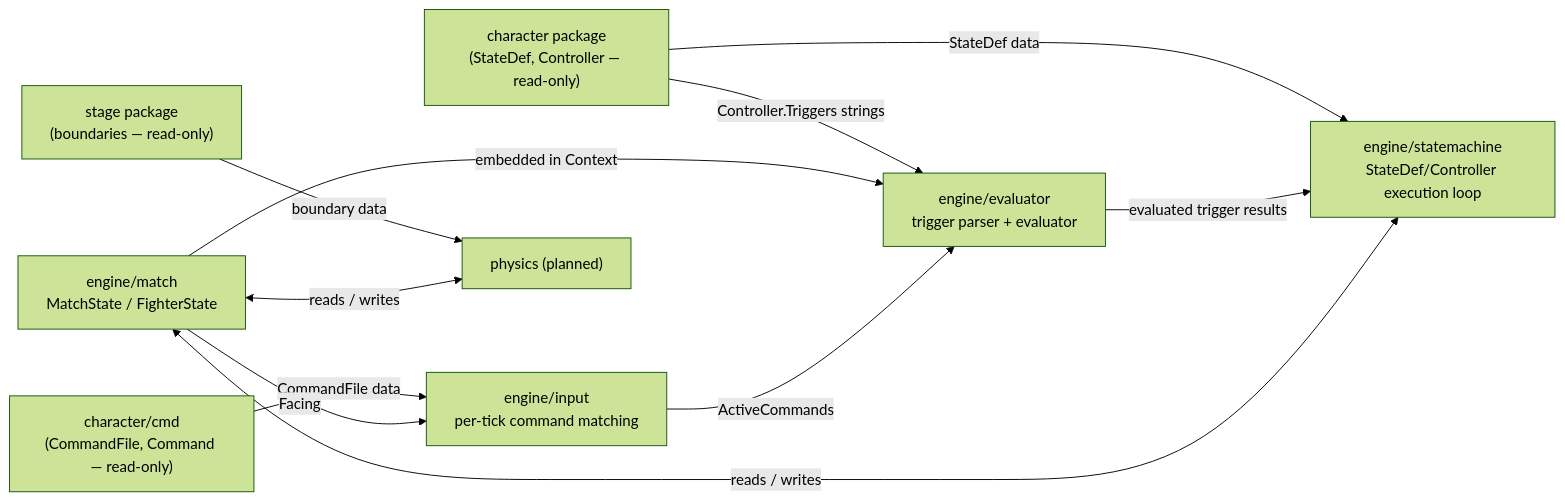
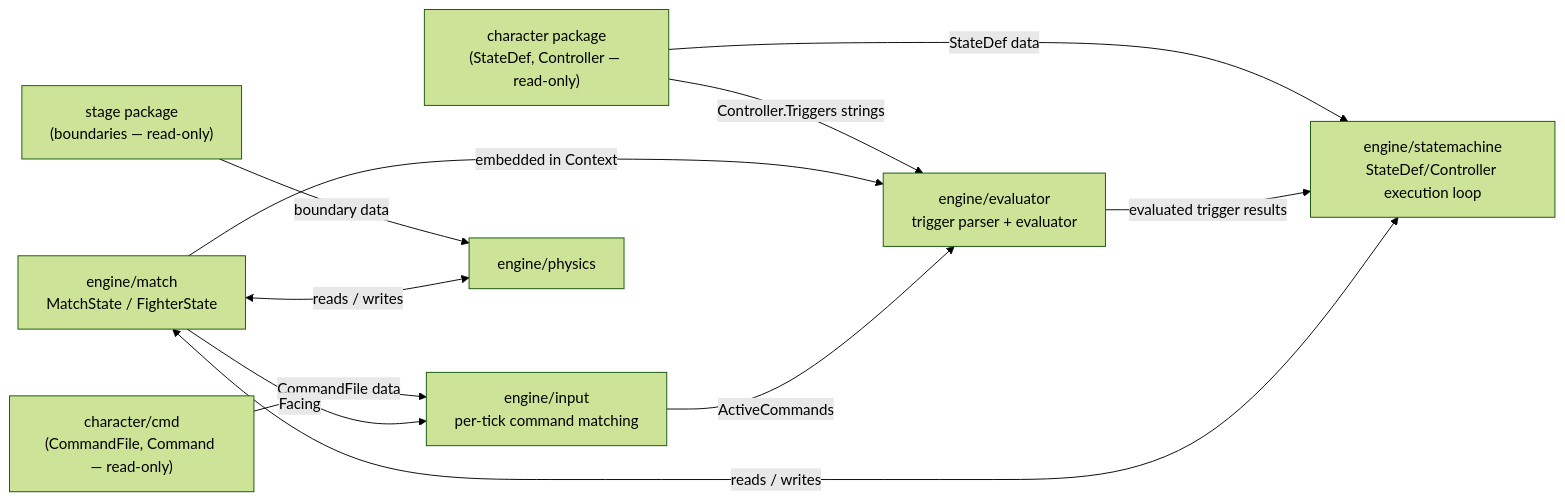
The second of 2 diagrams in docs/architecture.md (openkakutou/engine), drawn with Mermaid (forest theme) before and after one commit. The commit also changed other lines of this file and 11 other files, not shown here.

Commit message:
feat: the engine can now simulate a fighter's physics tick by tick: gravity pulls it down while airborne, it lands cleanly back on the ground, and it can never be pushed outside the current stage's boundaries no matter how fast it was moving

````diff
--- a/docs/architecture.md
+++ b/docs/architecture.md
@@ -69,22 +82,22 @@
 ```mermaid
 flowchart LR
     character["character package<br/>(StateDef, Controller — read-only)"]
     charactercmd["character/cmd<br/>(CommandFile, Command — read-only)"]
     stage["stage package<br/>(boundaries — read-only)"]
     matchpkg["engine/match<br/>MatchState / FighterState"]
     evaluatorpkg["engine/evaluator<br/>trigger parser + evaluator"]
     statemachinepkg["engine/statemachine<br/>StateDef/Controller execution loop"]
     inputpkg["engine/input<br/>per-tick command matching"]
-    physics["physics (planned)"]
+    physics["engine/physics"]
 
     character -->|Controller.Triggers strings| evaluatorpkg
     character -->|StateDef data| statemachinepkg
     charactercmd -->|CommandFile data| inputpkg
     stage -->|boundary data| physics
     matchpkg -->|embedded in Context| evaluatorpkg
     matchpkg -->|Facing| inputpkg
     inputpkg -->|ActiveCommands| evaluatorpkg
     evaluatorpkg -->|evaluated trigger results| statemachinepkg
     matchpkg <-->|reads / writes| statemachinepkg
     matchpkg <-->|reads / writes| physics
 ```
````
